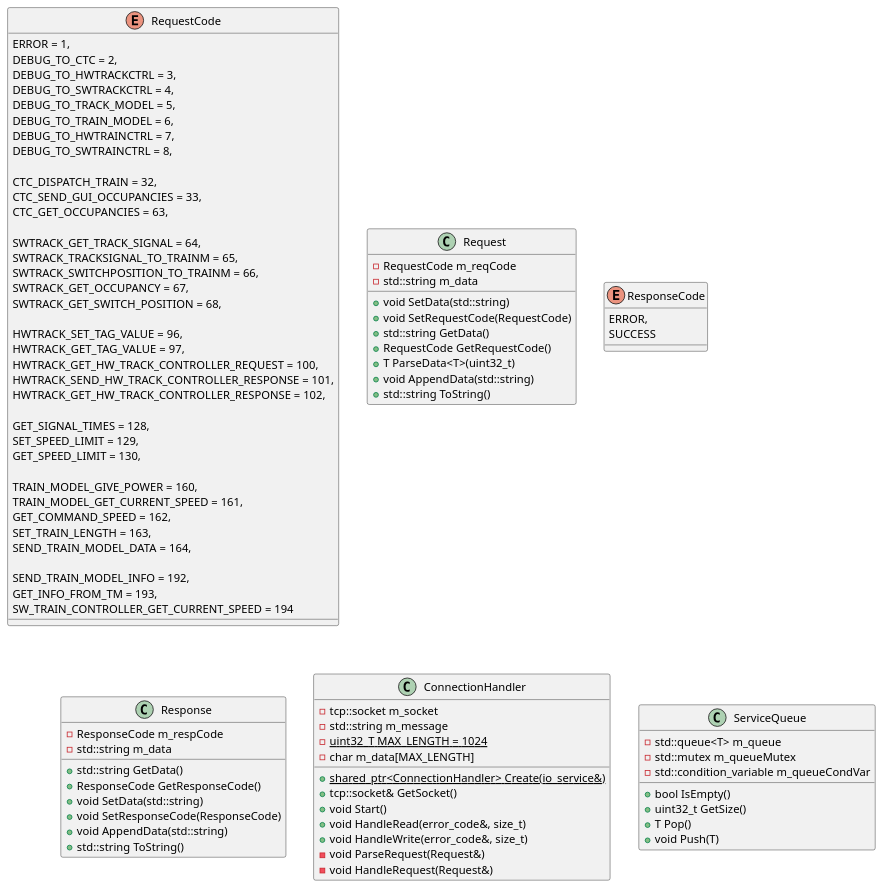
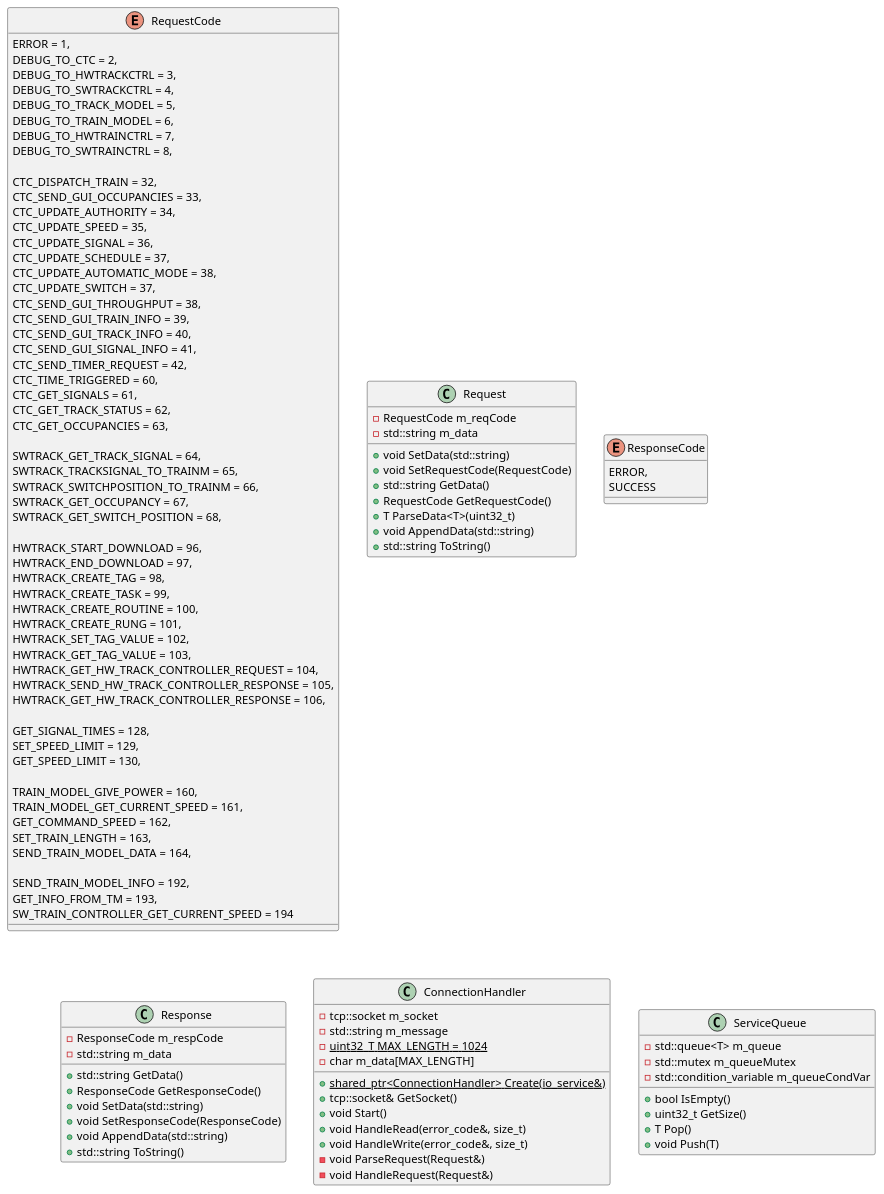
One commit to aet37/ECE1140-Project changed the third of 4 diagrams in docs/system_architecture.md. Above: the diagram before and after it, drawn with PlantUML. The commit also changed 2 other files, not shown here.

Commit message:
Add req codes

```diff
--- a/docs/system_architecture.md
+++ b/docs/system_architecture.md
@@ -104,7 +104,21 @@
 
     CTC_DISPATCH_TRAIN = 32,
     CTC_SEND_GUI_OCCUPANCIES = 33,
-	CTC_GET_OCCUPANCIES = 63,
+    CTC_UPDATE_AUTHORITY = 34,
+    CTC_UPDATE_SPEED = 35,
+    CTC_UPDATE_SIGNAL = 36,
+    CTC_UPDATE_SCHEDULE = 37,
+    CTC_UPDATE_AUTOMATIC_MODE = 38,
+    CTC_UPDATE_SWITCH = 37,
+    CTC_SEND_GUI_THROUGHPUT = 38,
+    CTC_SEND_GUI_TRAIN_INFO = 39,
+    CTC_SEND_GUI_TRACK_INFO = 40,
+    CTC_SEND_GUI_SIGNAL_INFO = 41,
+    CTC_SEND_TIMER_REQUEST = 42,
+    CTC_TIME_TRIGGERED = 60,
+    CTC_GET_SIGNALS = 61,
+    CTC_GET_TRACK_STATUS = 62,
+    CTC_GET_OCCUPANCIES = 63,
 
     SWTRACK_GET_TRACK_SIGNAL = 64,
     SWTRACK_TRACKSIGNAL_TO_TRAINM = 65,
@@ -112,11 +126,17 @@
     SWTRACK_GET_OCCUPANCY = 67,
     SWTRACK_GET_SWITCH_POSITION = 68,
 
-    HWTRACK_SET_TAG_VALUE = 96,
-    HWTRACK_GET_TAG_VALUE = 97,
-    HWTRACK_GET_HW_TRACK_CONTROLLER_REQUEST = 100,
-    HWTRACK_SEND_HW_TRACK_CONTROLLER_RESPONSE = 101,
-    HWTRACK_GET_HW_TRACK_CONTROLLER_RESPONSE = 102,
+    HWTRACK_START_DOWNLOAD = 96,
+    HWTRACK_END_DOWNLOAD = 97,
+    HWTRACK_CREATE_TAG = 98,
+    HWTRACK_CREATE_TASK = 99,
+    HWTRACK_CREATE_ROUTINE = 100,
+    HWTRACK_CREATE_RUNG = 101,
+    HWTRACK_SET_TAG_VALUE = 102,
+    HWTRACK_GET_TAG_VALUE = 103,
+    HWTRACK_GET_HW_TRACK_CONTROLLER_REQUEST = 104,
+    HWTRACK_SEND_HW_TRACK_CONTROLLER_RESPONSE = 105,
+    HWTRACK_GET_HW_TRACK_CONTROLLER_RESPONSE = 106,
 
     GET_SIGNAL_TIMES = 128,
     SET_SPEED_LIMIT = 129,
```
